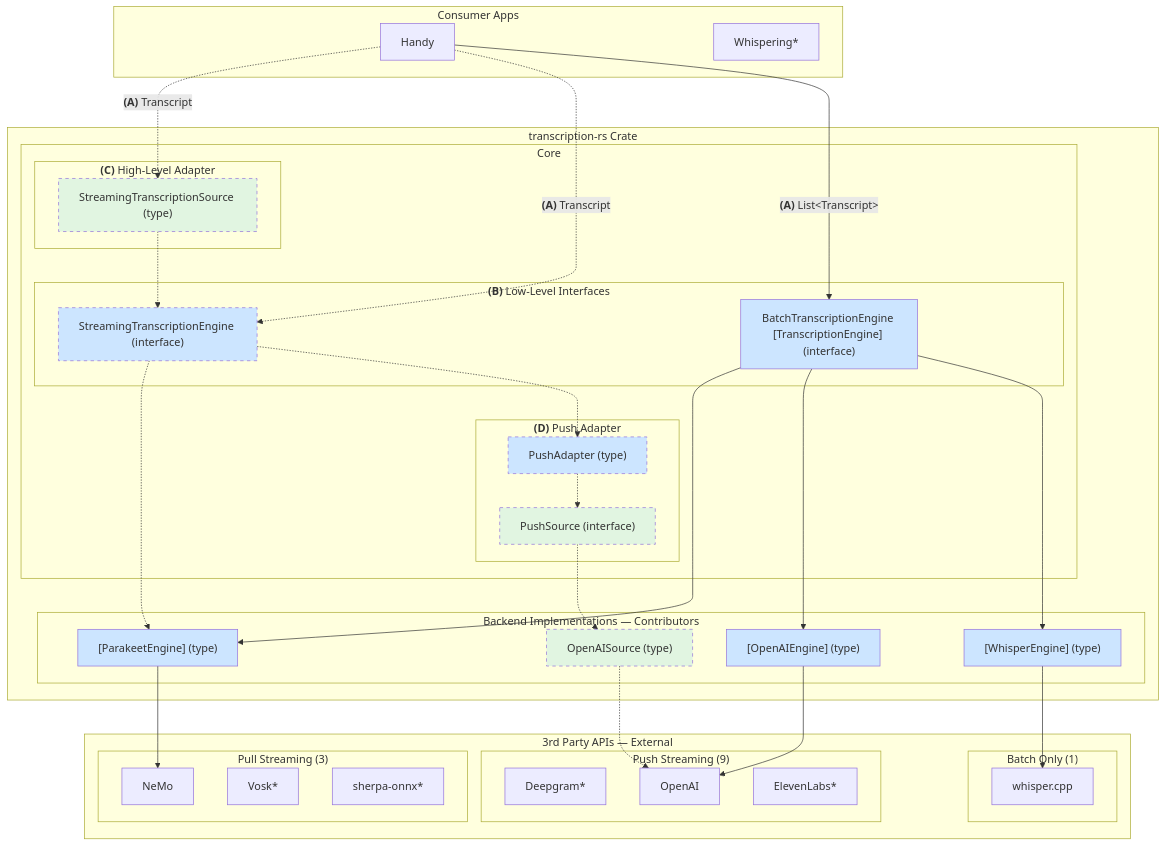
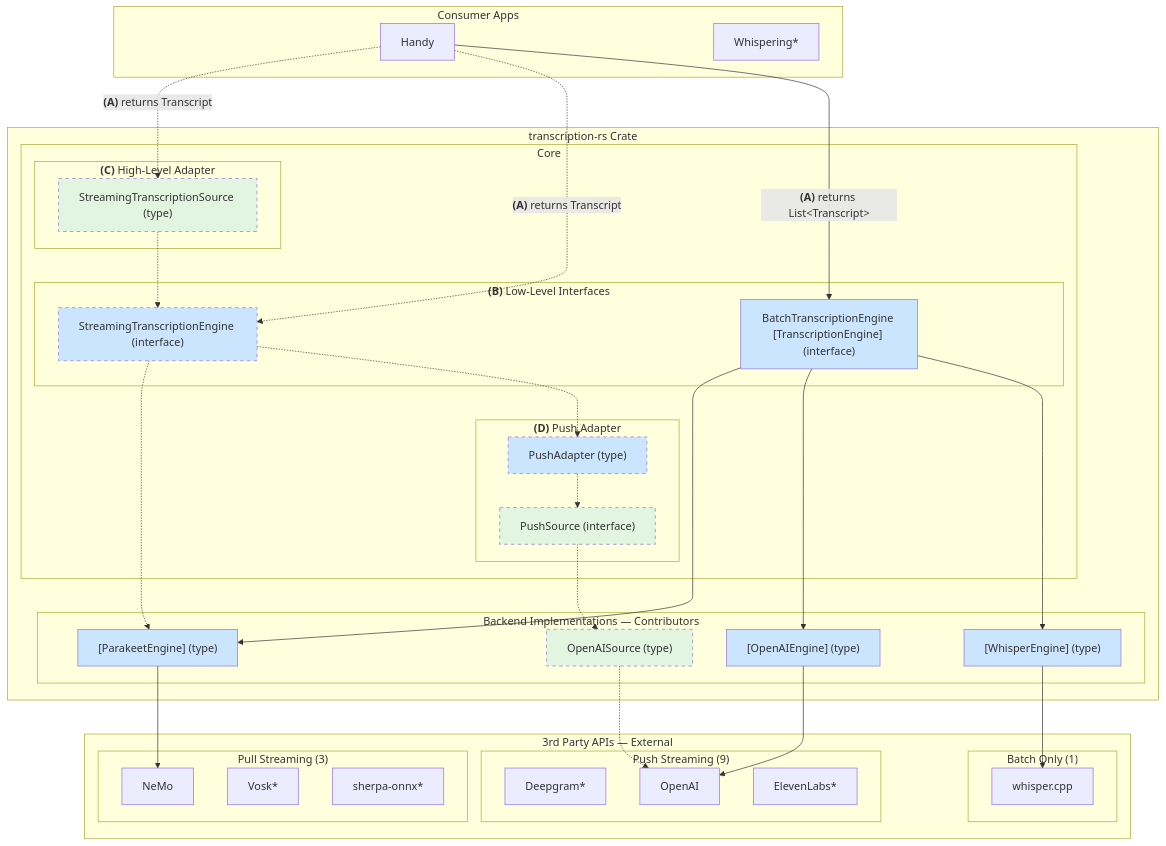
The fourth of 4 diagrams in specs/transcription-rs.md (cjpais/transcribe-rs), drawn with Mermaid before and after one commit. The commit also changed other lines of this file, not shown here.

Commit message:
docs: clarify diagram arrow labels with "returns" prefix

````diff
--- a/specs/transcription-rs.md
+++ b/specs/transcription-rs.md
@@ -183,77 +185,77 @@
 ```mermaid
 graph TB
     subgraph Apps ["Consumer Apps"]
         Handy[Handy]
         Whispering[Whispering*]
     end
 
     subgraph Library ["transcription-rs Crate"]
         subgraph Core ["Core"]
             subgraph HighLevel ["<b>(C)</b> High-Level Adapter"]
                 StreamingSource["StreamingTranscriptionSource (type)"]
             end
 
             subgraph LowLevel ["<b>(B)</b> Low-Level Interfaces"]
                 StreamingEngine["StreamingTranscriptionEngine (interface)"]
                 BatchEngine["BatchTranscriptionEngine [TranscriptionEngine] (interface)"]
             end
 
             subgraph PushHelper ["<b>(D)</b> Push Adapter"]
                 PushAdapter["PushAdapter (type)"]
                 PushSource["PushSource (interface)"]
             end
         end
 
         subgraph Backends ["Backend Implementations — Contributors"]
             ParakeetEngine["[ParakeetEngine] (type)"]
             OpenAISource["OpenAISource (type)"]
             OpenAIEngine["[OpenAIEngine] (type)"]
             WhisperEngine["[WhisperEngine] (type)"]
         end
     end
 
     subgraph External ["3rd Party APIs — External"]
         subgraph PullStreaming ["Pull Streaming (3)"]
             NeMo[NeMo]
             Vosk[Vosk*]
             Sherpa[sherpa-onnx*]
         end
         subgraph PushStreaming ["Push Streaming (9)"]
             Deepgram[Deepgram*]
             OpenAI[OpenAI]
             ElevenLabs[ElevenLabs*]
         end
         subgraph BatchOnly ["Batch Only (1)"]
             WhisperCpp[whisper.cpp]
         end
     end
 
-    Handy -.->|"<b>(A)</b> Transcript"| StreamingSource
-    Handy -.->|"<b>(A)</b> Transcript"| StreamingEngine
-    Handy -->|"<b>(A)</b> List&lt;Transcript&gt;"| BatchEngine
+    Handy -.->|"<b>(A)</b> returns Transcript"| StreamingSource
+    Handy -.->|"<b>(A)</b> returns Transcript"| StreamingEngine
+    Handy -->|"<b>(A)</b> returns List&lt;Transcript&gt;"| BatchEngine
 
     StreamingSource -.-> StreamingEngine
 
     StreamingEngine -.-> ParakeetEngine
     StreamingEngine -.-> PushAdapter
     
     PushAdapter -.-> PushSource
     PushSource -.-> OpenAISource
     
     BatchEngine --> ParakeetEngine
     BatchEngine --> OpenAIEngine
     BatchEngine --> WhisperEngine
 
     ParakeetEngine --> NeMo
     OpenAISource -.-> OpenAI
     OpenAIEngine --> OpenAI
     WhisperEngine --> WhisperCpp
 
     classDef pushPlanned fill:#e1f5e1,stroke-dasharray: 5 5
     classDef pullPlanned fill:#cce5ff,stroke-dasharray: 5 5
     classDef pushExisting fill:#e1f5e1
     classDef pullExisting fill:#cce5ff
     class StreamingSource,PushSource,OpenAISource pushPlanned
     class StreamingEngine,PushAdapter pullPlanned
     class ParakeetEngine,OpenAIEngine,WhisperEngine,BatchEngine pullExisting
 ```
````
